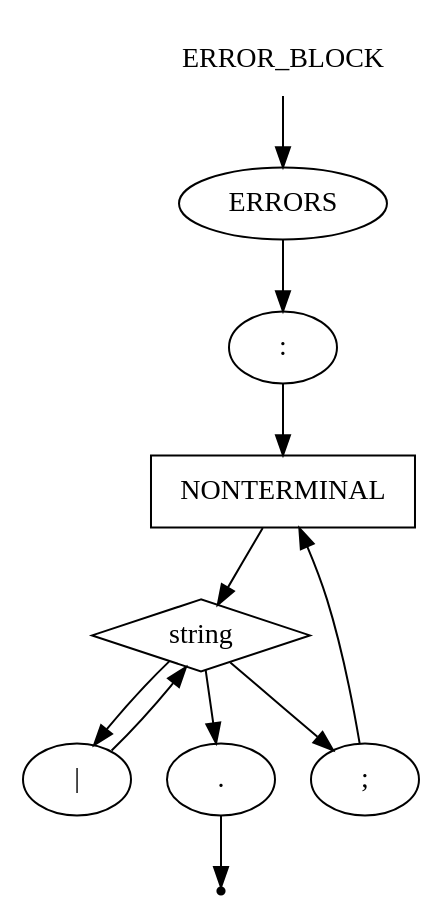
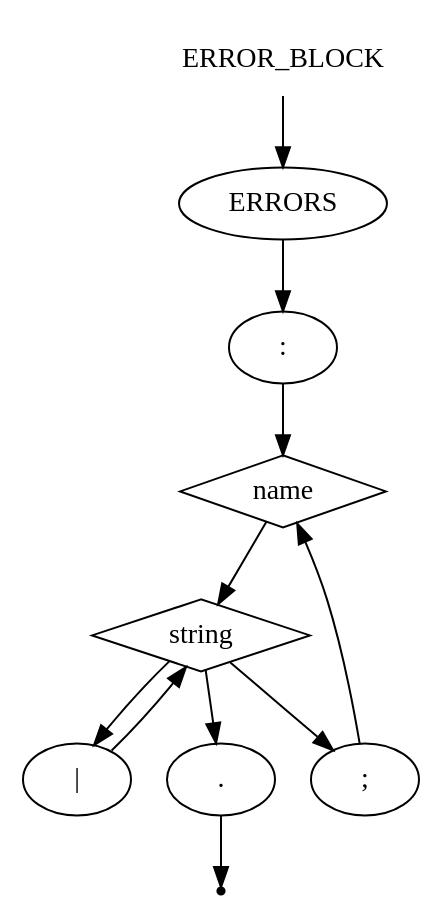
Before and after one commit to aVorotnikov/dsl_generator: the diagram in _examples/rbnf/error_block.gv, drawn with Graphviz. The commit also changed 1 other file, not shown here.

```diff
--- a/_examples/rbnf/error_block.gv
+++ b/_examples/rbnf/error_block.gv
@@ -1,21 +1,21 @@
 digraph ERROR_BLOCK {
     start [label=ERROR_BLOCK shape=plaintext]
     A [label=ERRORS shape=oval]
     B [label=":" shape=oval]
-    C [label=NONTERMINAL shape=box]
+    C [label=name shape=diamond]
     D [label=string shape=diamond]
     E [label="|" shape=oval]
     F [label=";" shape=oval]
     G [label="." shape=oval]
     end [label="" shape=point]
     start -> A
     A -> B
     B -> C
     C -> D
     D -> G
     D -> E
     E -> D
     D -> F
     F -> C
     G -> end
 }
```
